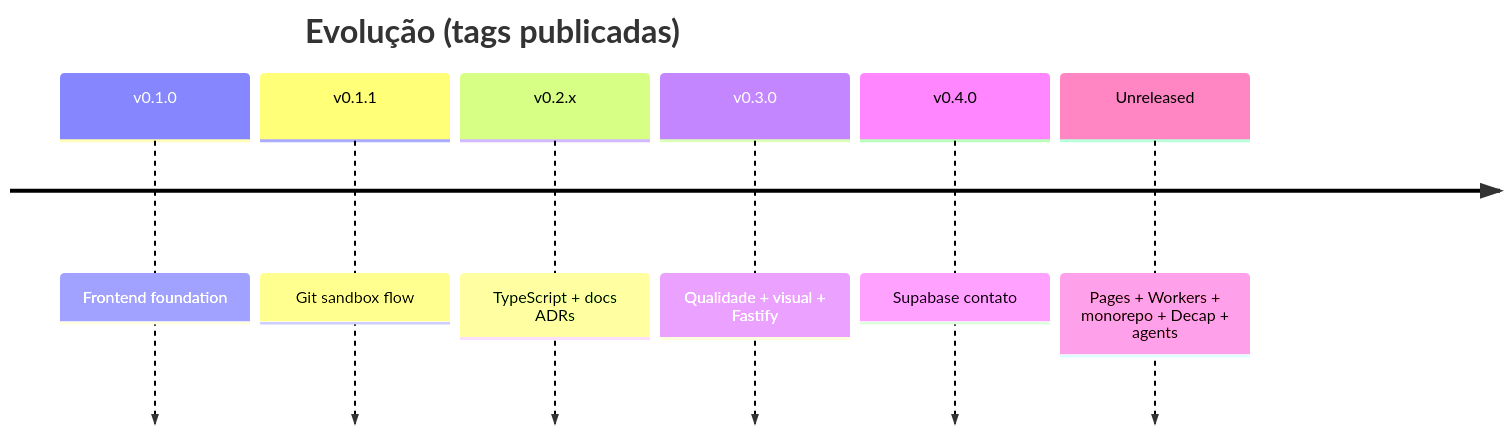
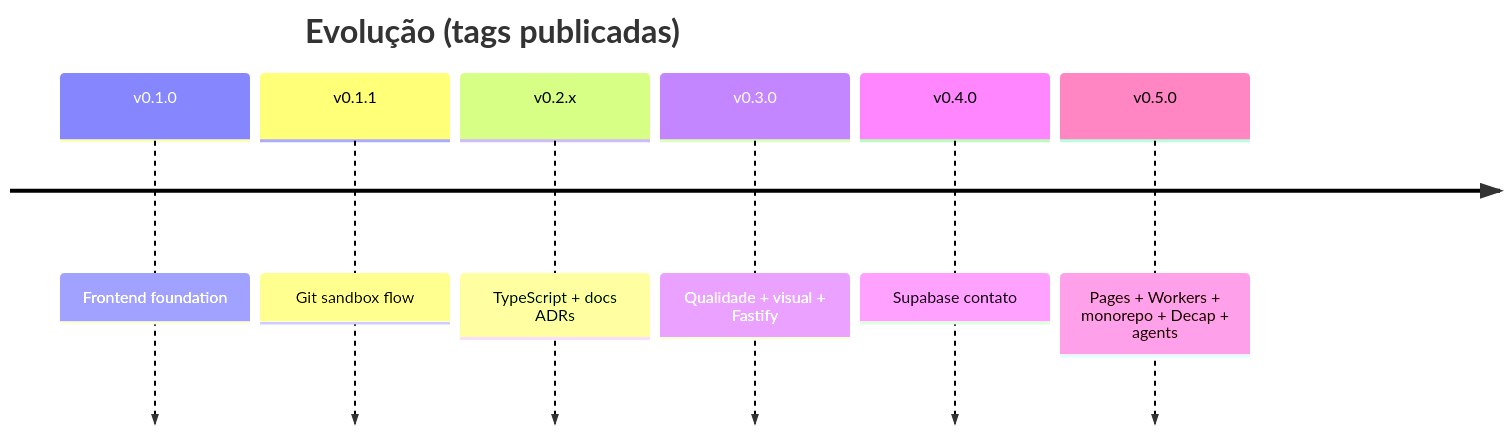
One commit to KleilsonSantos/kleilson-portfolio changed diagram 14 of 14 in docs/architecture/system-guide.md. Above: the diagram before and after it, drawn with Mermaid. The commit also changed other lines of this file and 21 other files, not shown here.

````diff
--- a/docs/architecture/system-guide.md
+++ b/docs/architecture/system-guide.md
@@ -623,10 +623,10 @@
 ```mermaid
 timeline
   title Evolução (tags publicadas)
   v0.1.0 : Frontend foundation
   v0.1.1 : Git sandbox flow
   v0.2.x : TypeScript + docs ADRs
   v0.3.0 : Qualidade + visual + Fastify
   v0.4.0 : Supabase contato
-  Unreleased : Pages + Workers + monorepo + Decap + agents
+  v0.5.0 : Pages + Workers + monorepo + Decap + agents
 ```
````
